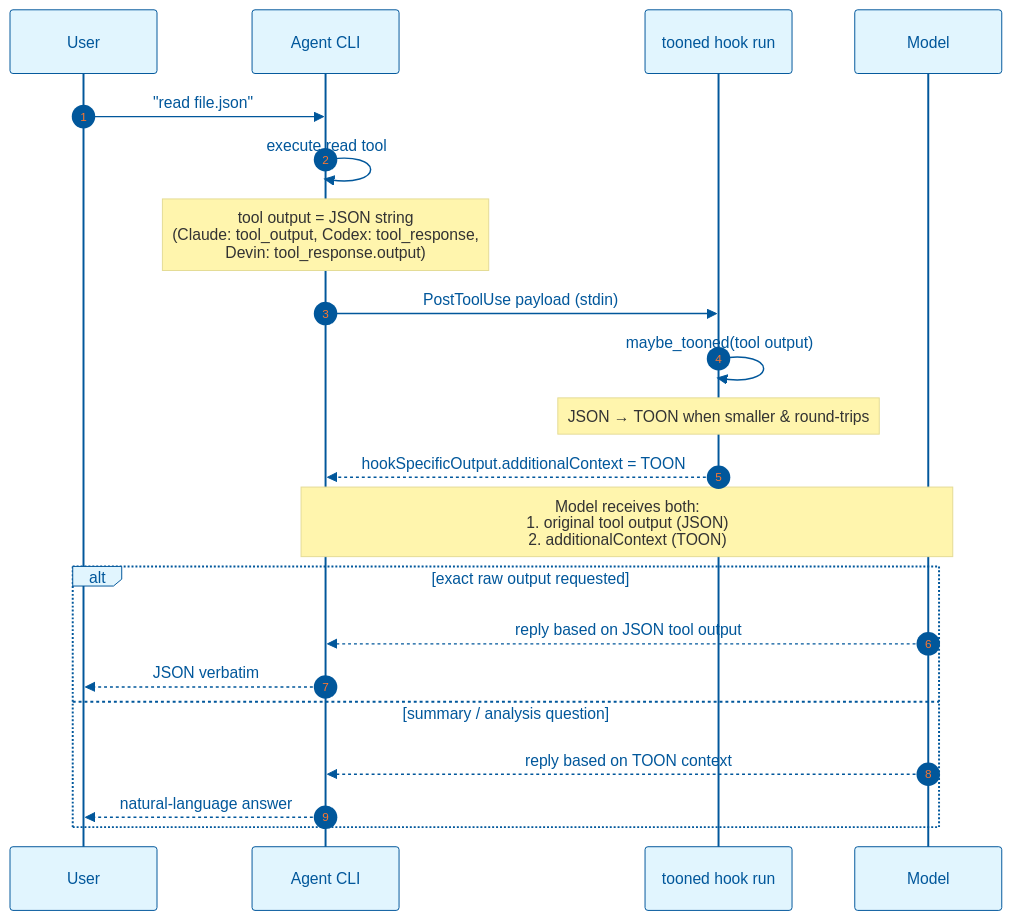
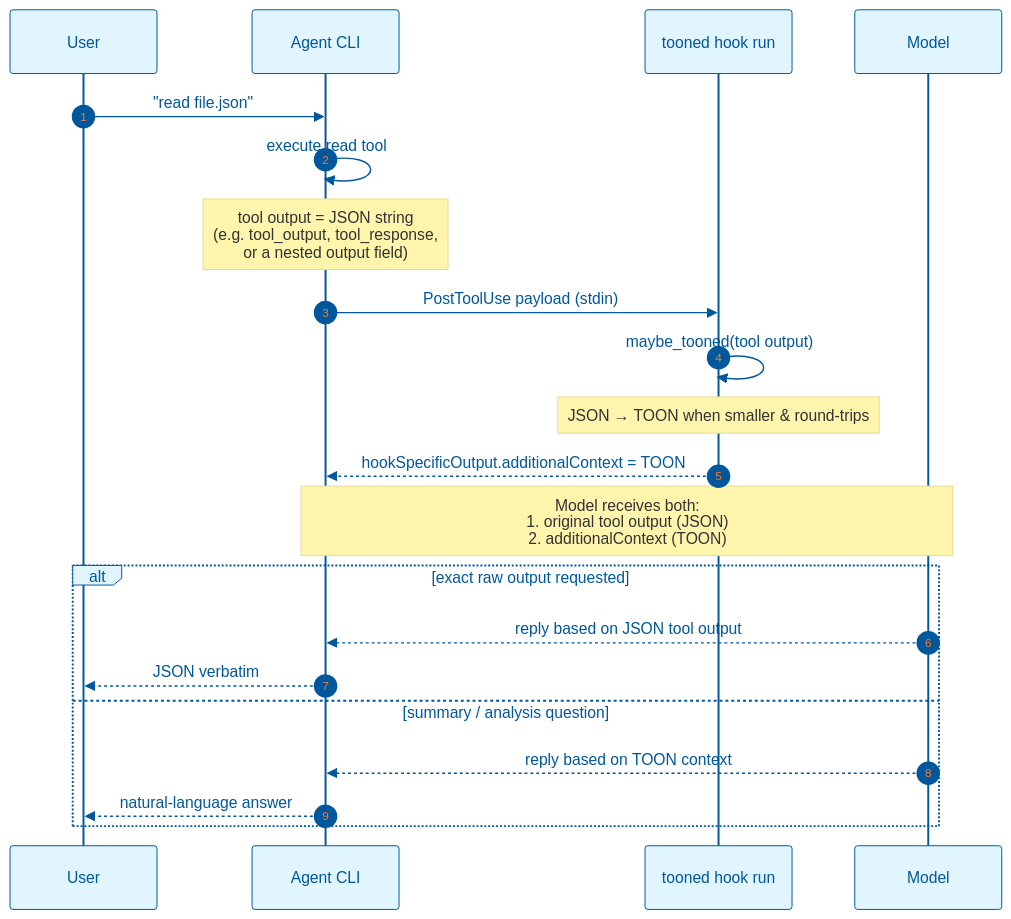
Before and after one commit to w0wl0lxd/tooned: the first of 2 diagrams in docs/agents/toon-context-proof.md, drawn with Mermaid. The commit also changed other lines of this file, not shown here.

````diff
--- a/docs/agents/toon-context-proof.md
+++ b/docs/agents/toon-context-proof.md
@@ -9,25 +9,25 @@
 ```mermaid
 %%{init: {'theme': 'base', 'themeVariables': { 'primaryColor': '#e1f5fe', 'primaryTextColor': '#01579b', 'primaryBorderColor': '#01579b', 'lineColor': '#0288d1', 'secondaryColor': '#fff3e0', 'tertiaryColor': '#e8f5e9'}}}%%
 sequenceDiagram
     autonumber
     participant U as User
     participant A as Agent CLI
     participant T as tooned hook run
     participant M as Model
 
     U->>A: "read file.json"
     A->>A: execute read tool
-    Note over A: tool output = JSON string<br/>(Claude: tool_output, Codex: tool_response,<br/>Devin: tool_response.output)
+    Note over A: tool output = JSON string<br/>(e.g. tool_output, tool_response,<br/>or a nested output field)
     A->>T: PostToolUse payload (stdin)
     T->>T: maybe_tooned(tool output)
     Note over T: JSON → TOON when smaller & round-trips
     T-->>A: hookSpecificOutput.additionalContext = TOON
     Note over A,M: Model receives both:<br/>1. original tool output (JSON)<br/>2. additionalContext (TOON)
     alt exact raw output requested
         M-->>A: reply based on JSON tool output
         A-->>U: JSON verbatim
     else summary / analysis question
         M-->>A: reply based on TOON context
         A-->>U: natural-language answer
     end
 ```
````
